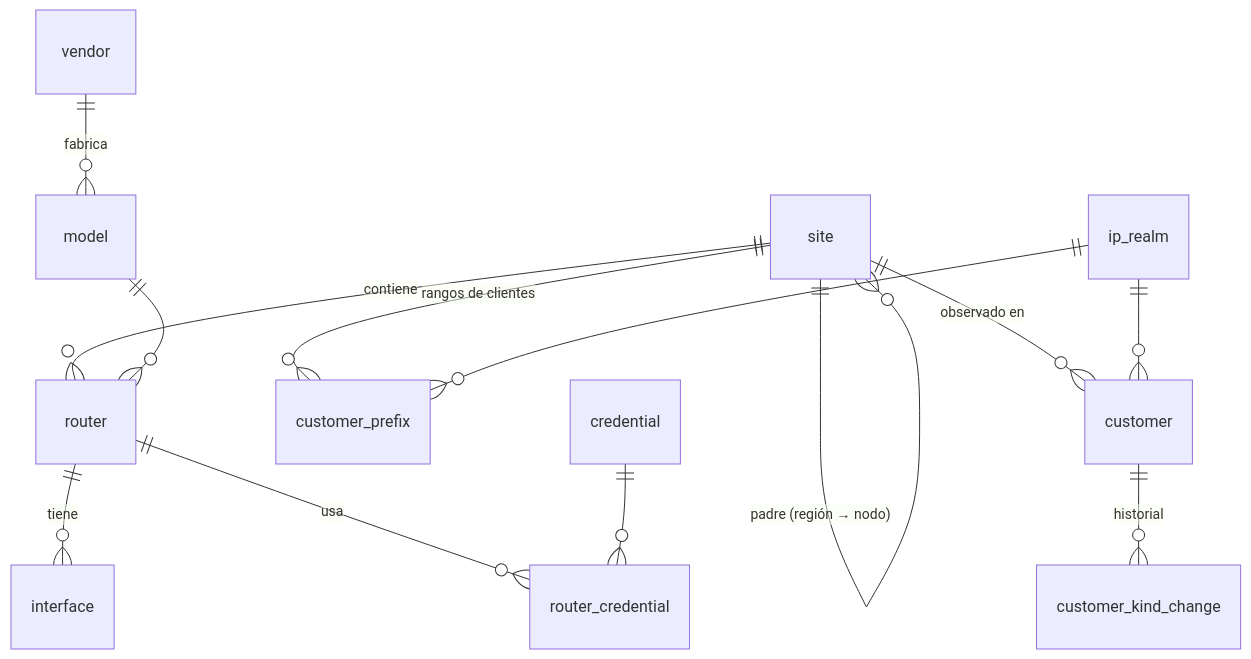
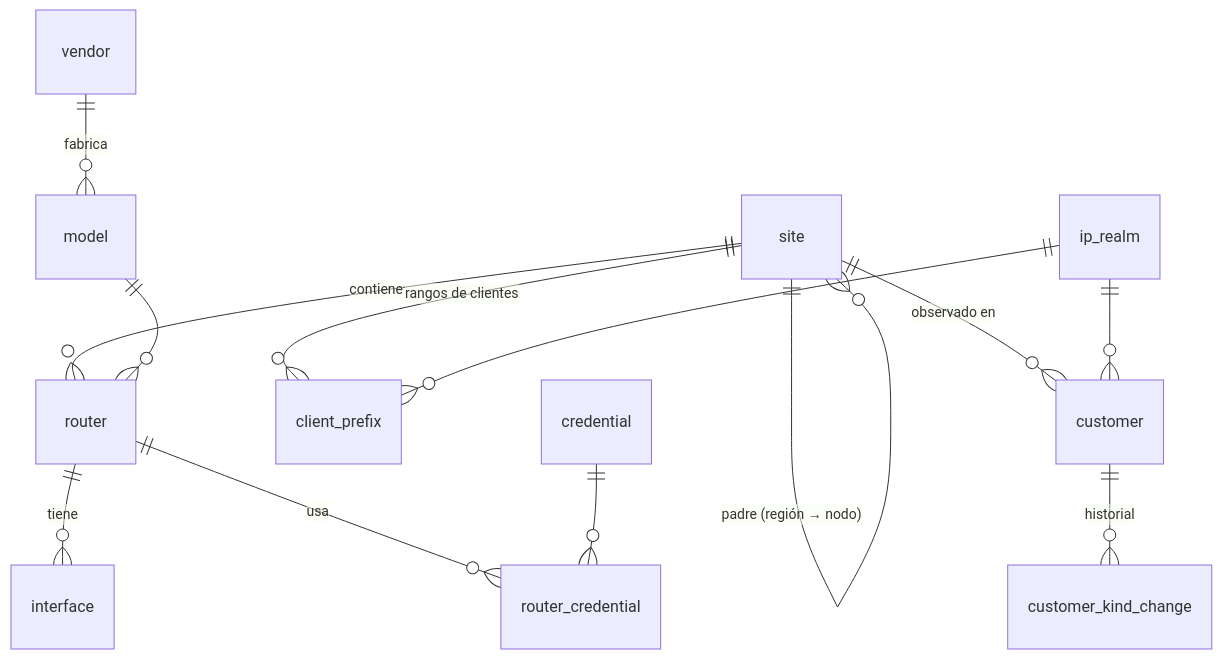
The second of 4 diagrams in docs/database.md (HCDestroyer/horus-flow), drawn with Mermaid before and after one commit. The commit also changed other lines of this file and 3 other files, not shown here.

````diff
--- a/docs/database.md
+++ b/docs/database.md
@@ -204,15 +204,15 @@
 ```mermaid
 erDiagram
   site ||--o{ site : "padre (región → nodo)"
   site ||--o{ router : contiene
-  site ||--o{ customer_prefix : "rangos de clientes"
+  site ||--o{ client_prefix : "rangos de clientes"
   site ||--o{ customer : "observado en"
   vendor ||--o{ model : fabrica
   model ||--o{ router : ""
   router ||--o{ interface : tiene
   router ||--o{ router_credential : usa
   credential ||--o{ router_credential : ""
-  ip_realm ||--o{ customer_prefix : ""
+  ip_realm ||--o{ client_prefix : ""
   ip_realm ||--o{ customer : ""
   customer ||--o{ customer_kind_change : historial
 ```
````
